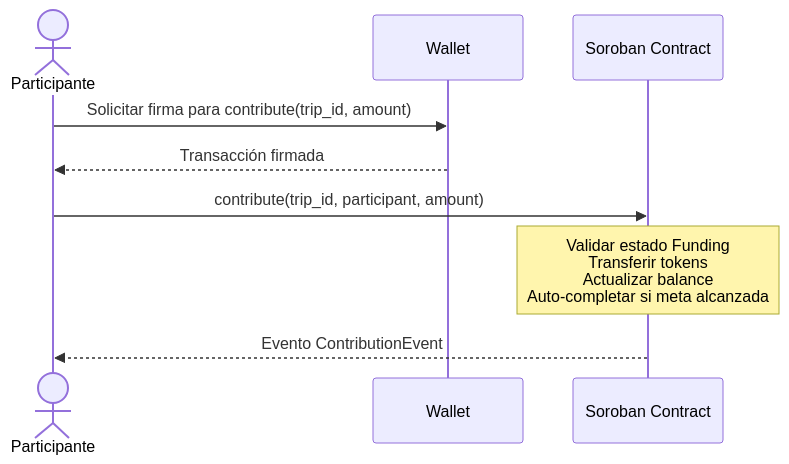
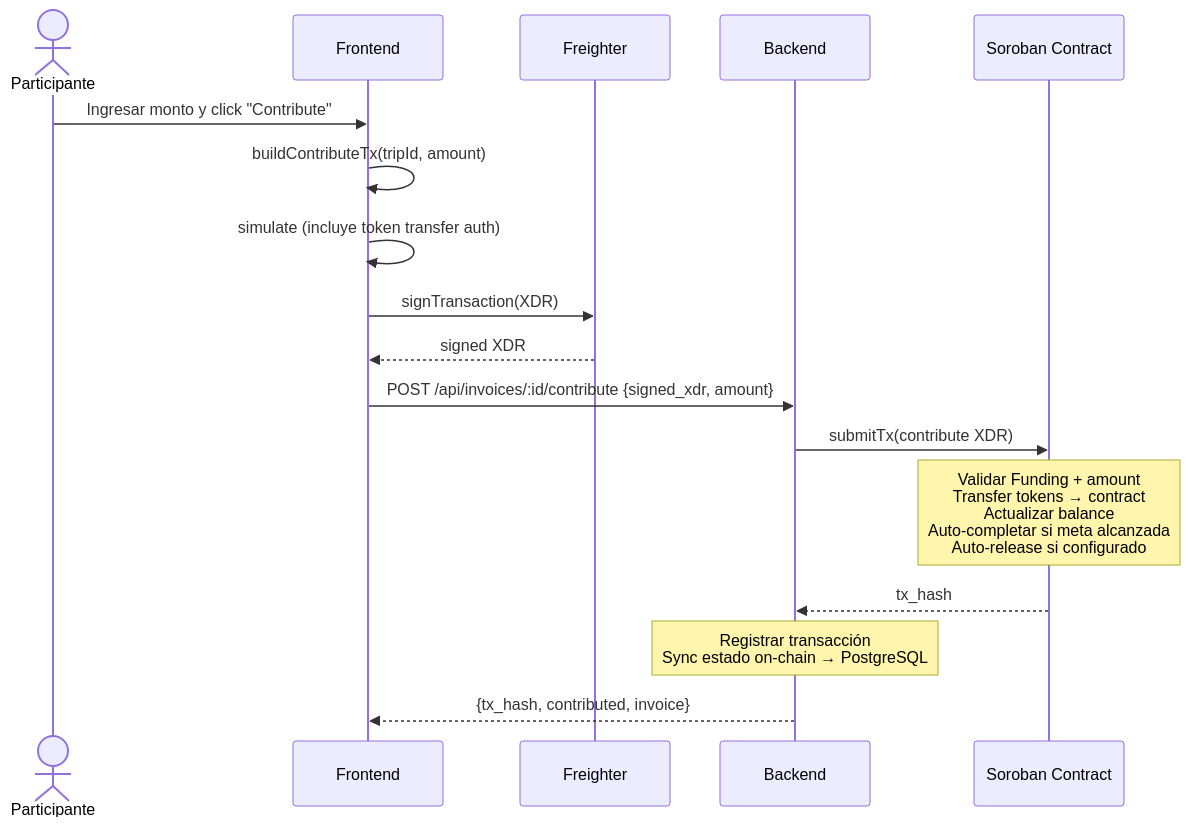
The sixth of 12 diagrams in ARCHITECTURE.md (CoKeFish/Impacta-Bootcamp), drawn with Mermaid before and after one commit. The commit also changed other lines of this file and 4 other files, not shown here.

````diff
--- a/ARCHITECTURE.md
+++ b/ARCHITECTURE.md
@@ -270,11 +364,19 @@
 ```mermaid
 sequenceDiagram
     actor P as Participante
-    participant W as Wallet
+    participant FE as Frontend
+    participant FW as Freighter
+    participant BE as Backend
     participant SC as Soroban Contract
-    P ->> W: Solicitar firma para contribute(trip_id, amount)
-    W -->> P: Transacción firmada
-    P ->> SC: contribute(trip_id, participant, amount)
-    Note over SC: Validar estado Funding<br/>Transferir tokens<br/>Actualizar balance<br/>Auto-completar si meta alcanzada
-    SC -->> P: Evento ContributionEvent
+    P ->> FE: Ingresar monto y click "Contribute"
+    FE ->> FE: buildContributeTx(tripId, amount)
+    FE ->> FE: simulate (incluye token transfer auth)
+    FE ->> FW: signTransaction(XDR)
+    FW -->> FE: signed XDR
+    FE ->> BE: POST /api/invoices/:id/contribute {signed_xdr, amount}
+    BE ->> SC: submitTx(contribute XDR)
+    Note over SC: Validar Funding + amount<br/>Transfer tokens → contract<br/>Actualizar balance<br/>Auto-completar si meta alcanzada<br/>Auto-release si configurado
+    SC -->> BE: tx_hash
+    Note over BE: Registrar transacción<br/>Sync estado on-chain → PostgreSQL
+    BE -->> FE: {tx_hash, contributed, invoice}
 ```
````
